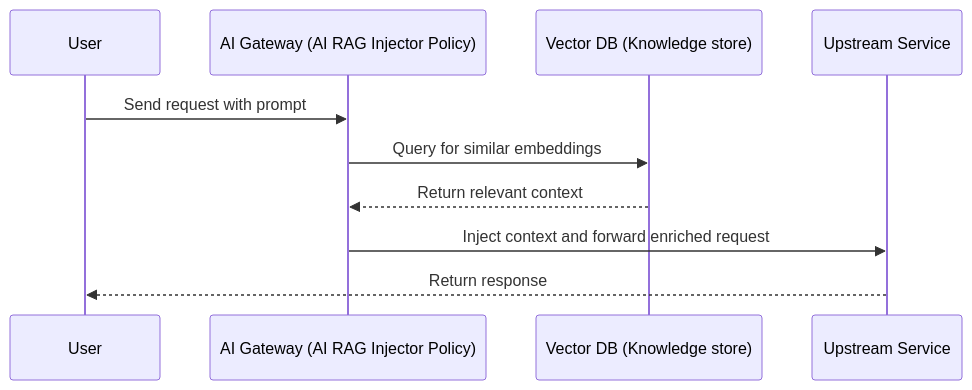
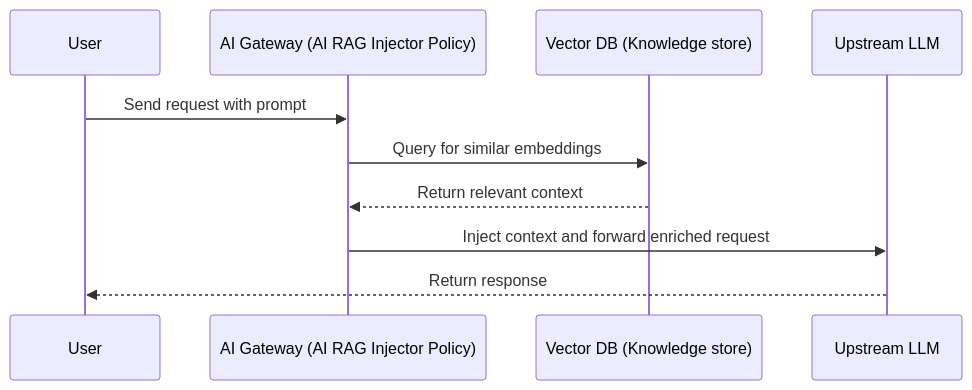
The first of 3 diagrams in app/_ai_gateway_policies/ai-rag-injector/index.md (Kong/developer.konghq.com), drawn with Mermaid before and after one commit. The commit also changed other lines of this file, not shown here.

```diff
--- a/app/_ai_gateway_policies/ai-rag-injector/index.md
+++ b/app/_ai_gateway_policies/ai-rag-injector/index.md
@@ -124,13 +124,13 @@
 {% mermaid %}
 sequenceDiagram
     participant User
     participant AIGateway as AI Gateway (AI RAG Injector Policy)
     participant VectorDB as Vector DB (Knowledge store)
-    participant Upstream as Upstream Service
+    participant LLM as Upstream LLM
 
     User->>AIGateway: Send request with prompt
     AIGateway->>VectorDB: Query for similar embeddings
     VectorDB-->>AIGateway: Return relevant context
-    AIGateway->>Upstream: Inject context and forward enriched request
-    Upstream-->>User: Return response
+    AIGateway->>LLM: Inject context and forward enriched request
+    LLM-->>User: Return response
 {% endmermaid %}
```
